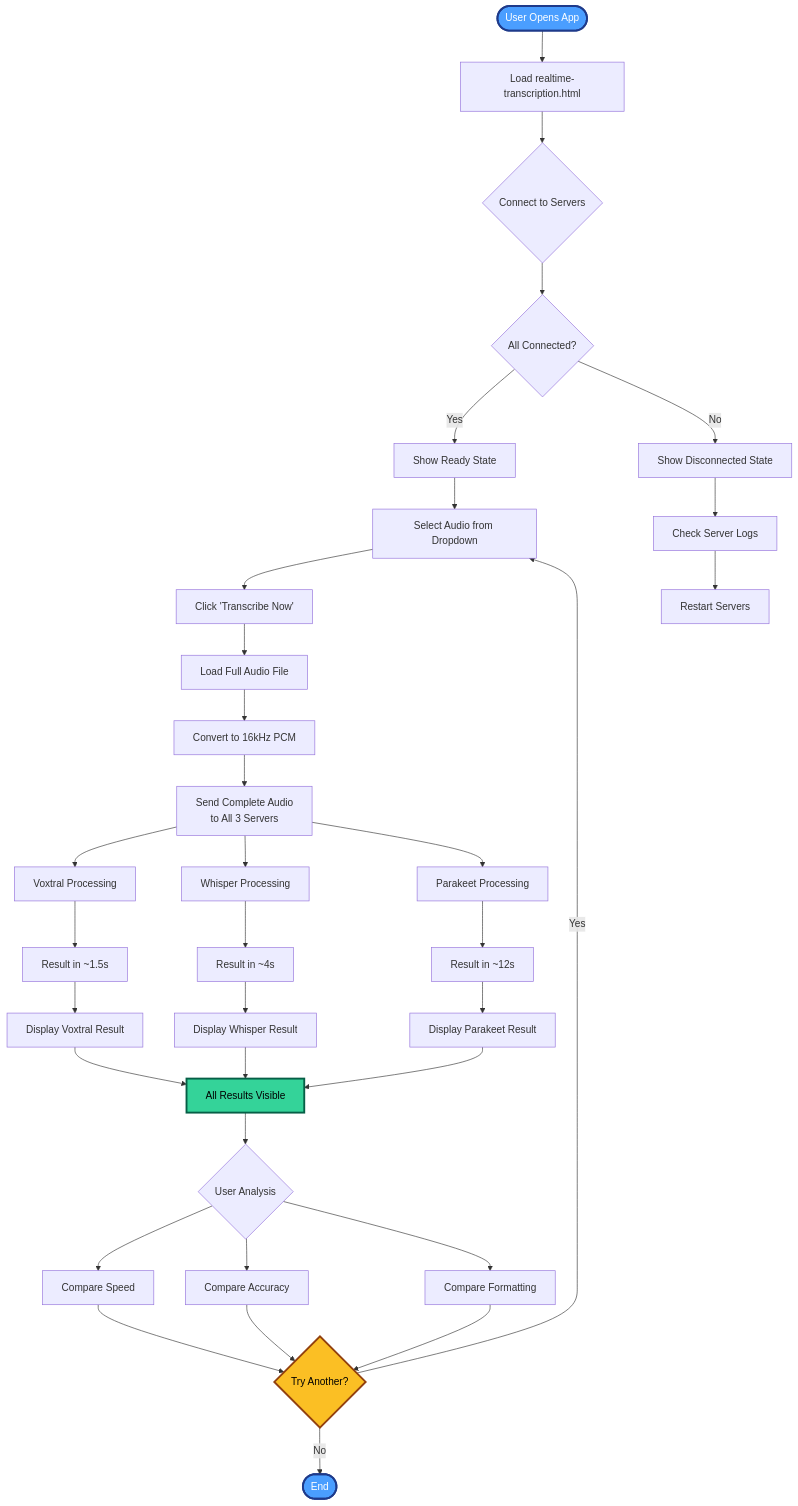
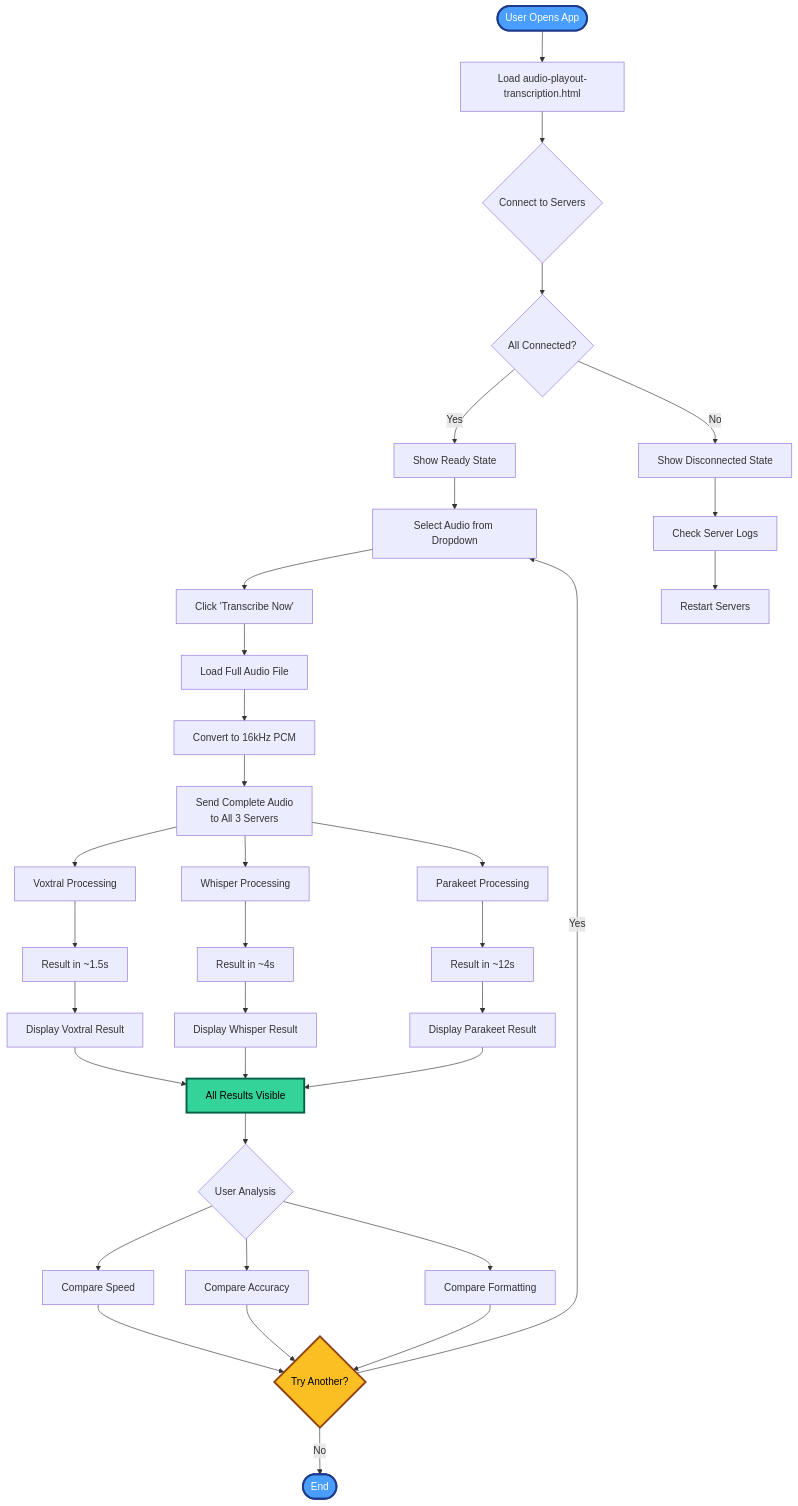
Before and after one commit to gjovanov/speech2text: the diagram in assets/comparison-mode-flow.mmd, drawn with Mermaid. The commit also changed 26 other files, not shown here.

```diff
--- a/assets/comparison-mode-flow.mmd
+++ b/assets/comparison-mode-flow.mmd
@@ -1,46 +1,46 @@
 flowchart TD
-    Start([User Opens App]) --> LoadPage[Load realtime-transcription.html]
+    Start([User Opens App]) --> LoadPage[Load audio-playout-transcription.html]
     LoadPage --> Connect{Connect to Servers}
 
     Connect --> Check{All Connected?}
     Check -->|Yes| Ready[Show Ready State]
     Check -->|No| Error[Show Disconnected State]
 
     Ready --> SelectFile[Select Audio from Dropdown]
     SelectFile --> Button[Click 'Transcribe Now']
 
     Button --> LoadAudio[Load Full Audio File]
     LoadAudio --> Prepare[Convert to 16kHz PCM]
     Prepare --> SendAll[Send Complete Audio<br/>to All 3 Servers]
 
     SendAll --> Process1[Voxtral Processing]
     SendAll --> Process2[Whisper Processing]
     SendAll --> Process3[Parakeet Processing]
 
     Process1 --> Result1[Result in ~1.5s]
     Process2 --> Result2[Result in ~4s]
     Process3 --> Result3[Result in ~12s]
 
     Result1 --> ShowVoxtral[Display Voxtral Result]
     Result2 --> ShowWhisper[Display Whisper Result]
     Result3 --> ShowParakeet[Display Parakeet Result]
 
     ShowVoxtral & ShowWhisper & ShowParakeet --> AllDone[All Results Visible]
 
     AllDone --> Analyze{User Analysis}
     Analyze --> CompareSpeed[Compare Speed]
     Analyze --> CompareAccuracy[Compare Accuracy]
     Analyze --> CompareFormat[Compare Formatting]
 
     CompareSpeed & CompareAccuracy & CompareFormat --> Decision{Try Another?}
 
     Decision -->|Yes| SelectFile
     Decision -->|No| End([End])
 
     Error --> Troubleshoot[Check Server Logs]
     Troubleshoot --> Restart[Restart Servers]
 
     style Start fill:#4a9eff,stroke:#1e3a8a,stroke-width:3px,color:#fff
     style AllDone fill:#34d399,stroke:#065f46,stroke-width:3px,color:#000
     style Decision fill:#fbbf24,stroke:#92400e,stroke-width:3px,color:#000
     style End fill:#4a9eff,stroke:#1e3a8a,stroke-width:3px,color:#fff
```
